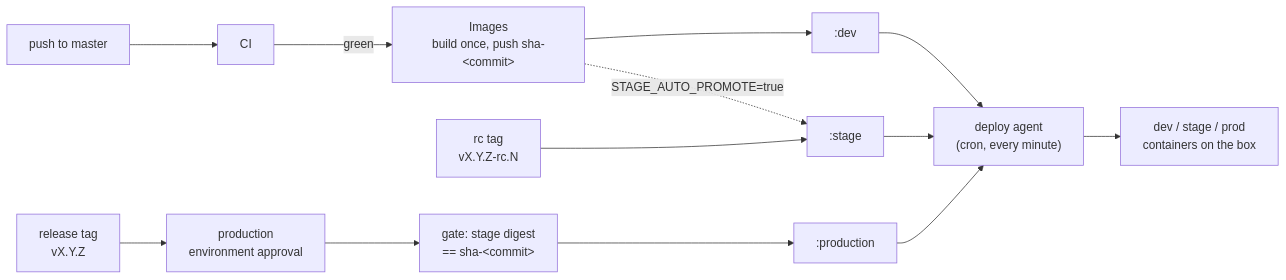
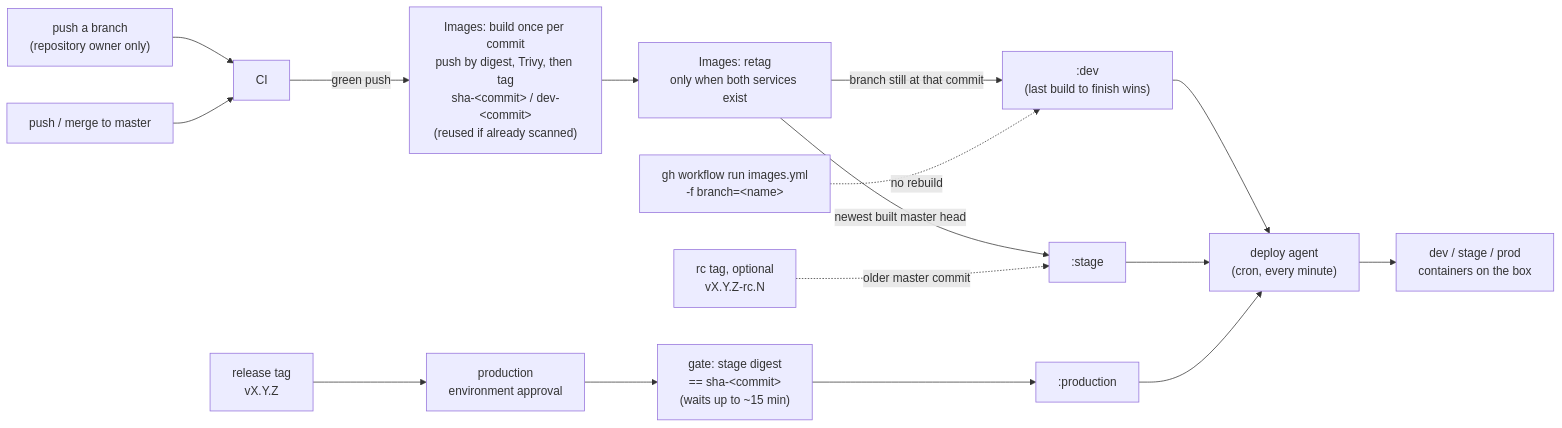
One commit to YuriiOks/yuriodev-deployment changed the diagram in deploy/README.md. Above: the diagram before and after it, drawn with Mermaid. The commit also changed other lines of this file and 11 other files, not shown here.

Commit message:
docs: branch previews on dev, master on stage

````diff
--- a/deploy/README.md
+++ b/deploy/README.md
@@ -9,17 +10,20 @@
 ```mermaid
 flowchart LR
-    push["push to master"] --> ci["CI"]
-    ci -->|green| images["Images\nbuild once, push sha-&lt;commit&gt;"]
-    images --> devtag[":dev"]
-    images -.->|STAGE_AUTO_PROMOTE=true| stagetag
+    branch["push a branch\n(repository owner only)"] --> ci["CI"]
+    master["push / merge to master"] --> ci
+    ci -->|green push| build["Images: build once per commit\npush by digest, Trivy, then tag\nsha-&lt;commit&gt; / dev-&lt;commit&gt;\n(reused if already scanned)"]
+    build --> retag["Images: retag\nonly when both services exist"]
+    retag -->|branch still at that commit| devtag[":dev\n(last build to finish wins)"]
+    retag -->|newest built master head| stagetag[":stage"]
+    redeploy["gh workflow run images.yml\n-f branch=&lt;name&gt;"] -.->|no rebuild| devtag
 
-    rctag["rc tag\nvX.Y.Z-rc.N"] --> stagetag[":stage"]
+    rctag["rc tag, optional\nvX.Y.Z-rc.N"] -.->|older master commit| stagetag
     reltag["release tag\nvX.Y.Z"] --> approval["production\nenvironment approval"]
-    approval --> gate["gate: stage digest\n== sha-&lt;commit&gt;"]
+    approval --> gate["gate: stage digest\n== sha-&lt;commit&gt;\n(waits up to ~15 min)"]
     gate --> prodtag[":production"]
 
     devtag --> agent["deploy agent\n(cron, every minute)"]
     stagetag --> agent
     prodtag --> agent
     agent --> envs["dev / stage / prod\ncontainers on the box"]
 ```
````
